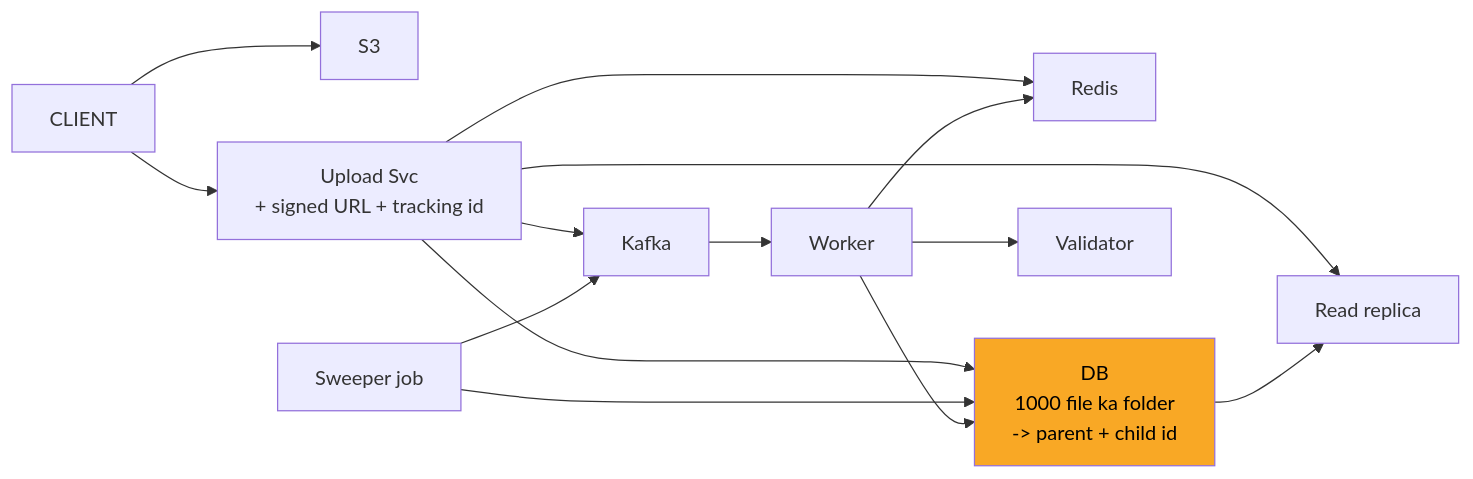
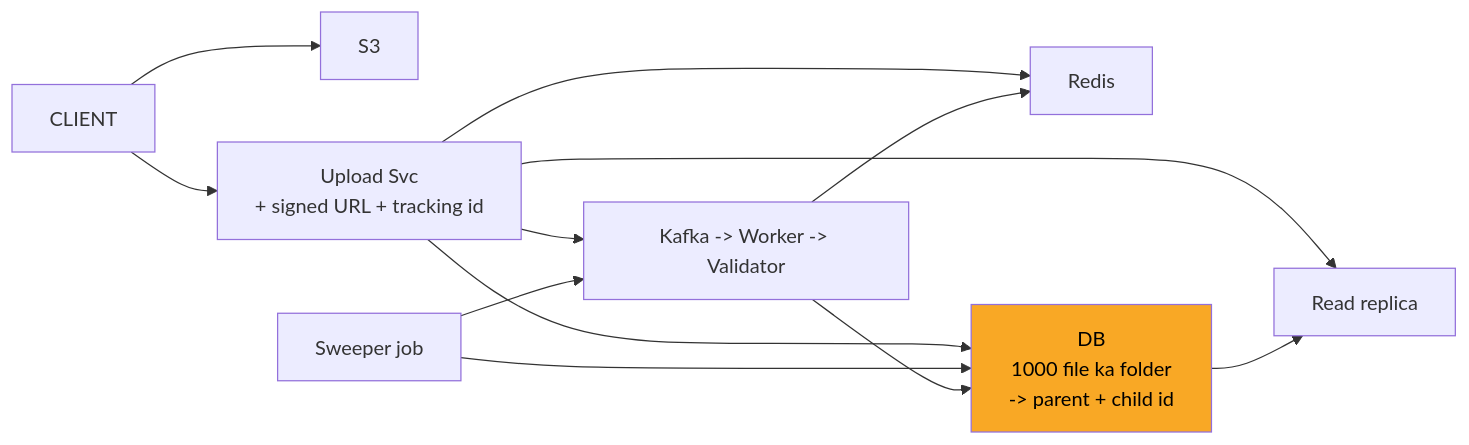
One commit to ArpanMaheshwari144/Prep changed the seventh of 11 diagrams in 04_HLD/SYSTEM_DESIGNS/07_file_upload_validate_system/07_file_upload_INTERVIEW.md. Above: the diagram before and after it, drawn with Mermaid. The commit also changed other lines of this file and 11 other files, not shown here.

Commit message:
hld: card diagrams max 8 boxes (App x N, merged stores/chains; full diagram only in AAKHRI DABBA)

````diff
--- a/04_HLD/SYSTEM_DESIGNS/07_file_upload_validate_system/07_file_upload_INTERVIEW.md
+++ b/04_HLD/SYSTEM_DESIGNS/07_file_upload_validate_system/07_file_upload_INTERVIEW.md
@@ -284,27 +277,23 @@
 ```mermaid
 flowchart LR
     n_CLIENT["CLIENT"]
     n_S3["S3"]
     n_Upload_Svc["Upload Svc<br/>+ signed URL + tracking id"]
     n_Redis["Redis"]
     n_DB["DB<br/>1000 file ka folder<br/>-> parent + child id"]
     n_Read_replica["Read replica"]
     n_Sweeper_job["Sweeper job"]
-    n_Kafka["Kafka"]
-    n_Worker["Worker"]
-    n_Validator["Validator"]
+    n_CHAIN["Kafka -> Worker -> Validator"]
     n_CLIENT --> n_S3
     n_CLIENT --> n_Upload_Svc
     n_Upload_Svc --> n_Redis
     n_Upload_Svc --> n_DB
     n_Upload_Svc --> n_Read_replica
     n_DB --> n_Read_replica
-    n_Upload_Svc --> n_Kafka
+    n_Upload_Svc --> n_CHAIN
     n_Sweeper_job --> n_DB
-    n_Sweeper_job --> n_Kafka
-    n_Kafka --> n_Worker
-    n_Worker --> n_Validator
-    n_Worker --> n_DB
-    n_Worker --> n_Redis
+    n_Sweeper_job --> n_CHAIN
+    n_CHAIN --> n_DB
+    n_CHAIN --> n_Redis
     style n_DB fill:#f9a825,color:#000
 ```
````
